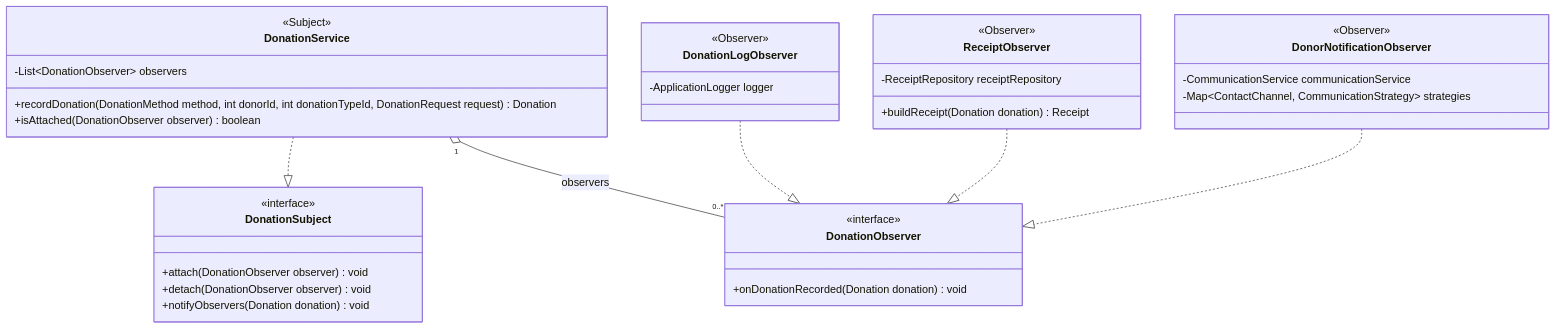
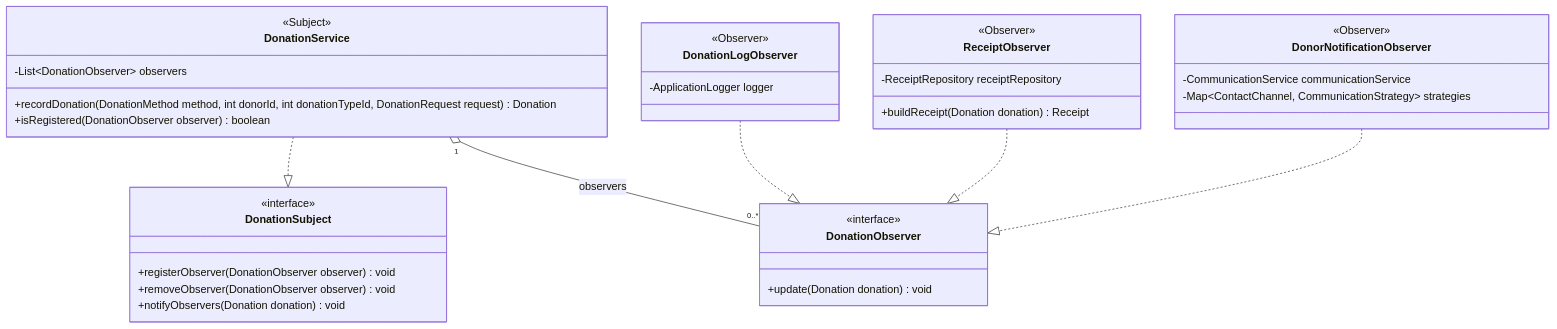
One commit to Abdallah1707/Ripple changed the third of 7 diagrams in docs/class-diagram.md. Above: the diagram before and after it, drawn with Mermaid. The commit also changed other lines of this file and 37 other files, not shown here.

````diff
--- a/docs/class-diagram.md
+++ b/docs/class-diagram.md
@@ -950,39 +983,39 @@
 ```mermaid
 classDiagram
 direction TB
 class DonationSubject {
     <<interface>>
-    +attach(DonationObserver observer) void
-    +detach(DonationObserver observer) void
+    +registerObserver(DonationObserver observer) void
+    +removeObserver(DonationObserver observer) void
     +notifyObservers(Donation donation) void
 }
 class DonationService {
     <<Subject>>
     -List~DonationObserver~ observers
     +recordDonation(DonationMethod method, int donorId, int donationTypeId, DonationRequest request) Donation
-    +isAttached(DonationObserver observer) boolean
+    +isRegistered(DonationObserver observer) boolean
 }
 class DonationObserver {
     <<interface>>
-    +onDonationRecorded(Donation donation) void
+    +update(Donation donation) void
 }
 class DonationLogObserver {
     <<Observer>>
     -ApplicationLogger logger
 }
 class ReceiptObserver {
     <<Observer>>
     -ReceiptRepository receiptRepository
     +buildReceipt(Donation donation) Receipt
 }
 class DonorNotificationObserver {
     <<Observer>>
     -CommunicationService communicationService
     -Map~ContactChannel, CommunicationStrategy~ strategies
 }
 DonationService ..|> DonationSubject
 DonationService "1" o-- "0..*" DonationObserver : observers
 DonationLogObserver ..|> DonationObserver
 ReceiptObserver ..|> DonationObserver
 DonorNotificationObserver ..|> DonationObserver
 ```
````
